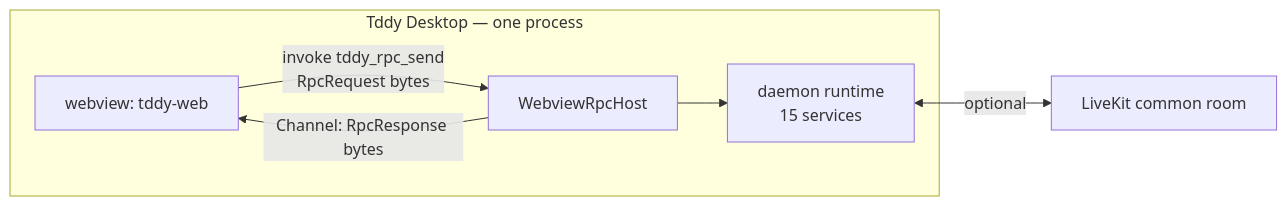
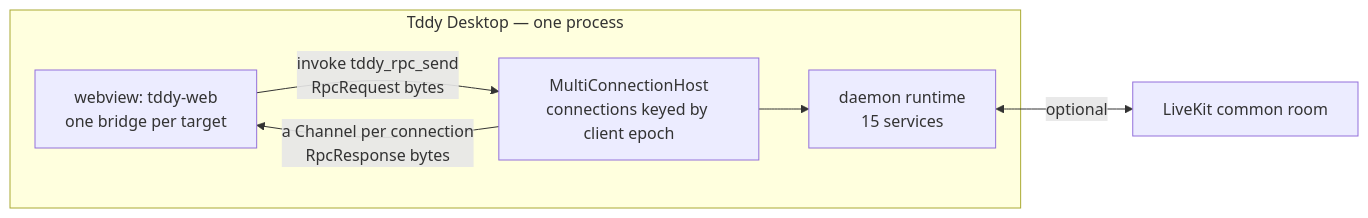
One commit to uppin/tddy-coder changed the diagram in docs/ft/desktop/tddy-desktop-tauri.md. Above: the diagram before and after it, drawn with Mermaid. The commit also changed other lines of this file and 7 other files, not shown here.

First line of the commit message:
docs(desktop): wrap the addressed webview IPC connections into permanent docs (#optional-livekit 6/7)

````diff
--- a/docs/ft/desktop/tddy-desktop-tauri.md
+++ b/docs/ft/desktop/tddy-desktop-tauri.md
@@ -44,12 +44,12 @@
 ```mermaid
 flowchart LR
   subgraph app["Tddy Desktop — one process"]
-    WV[webview: tddy-web]
-    HOST[WebviewRpcHost]
+    WV[webview: tddy-web<br/>one bridge per target]
+    HOST[MultiConnectionHost<br/>connections keyed by client epoch]
     RT[daemon runtime<br/>15 services]
     WV -->|invoke tddy_rpc_send<br/>RpcRequest bytes| HOST
-    HOST -->|Channel: RpcResponse bytes| WV
+    HOST -->|a Channel per connection<br/>RpcResponse bytes| WV
     HOST --> RT
   end
   RT <-->|optional| LK[LiveKit common room]
 ```
````
